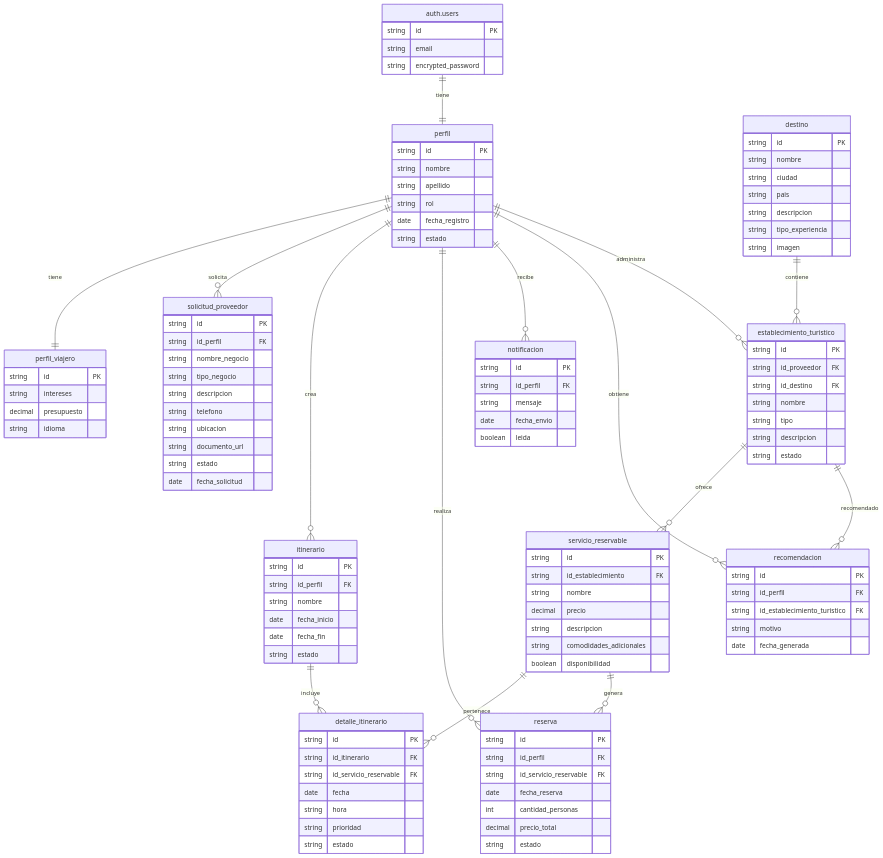
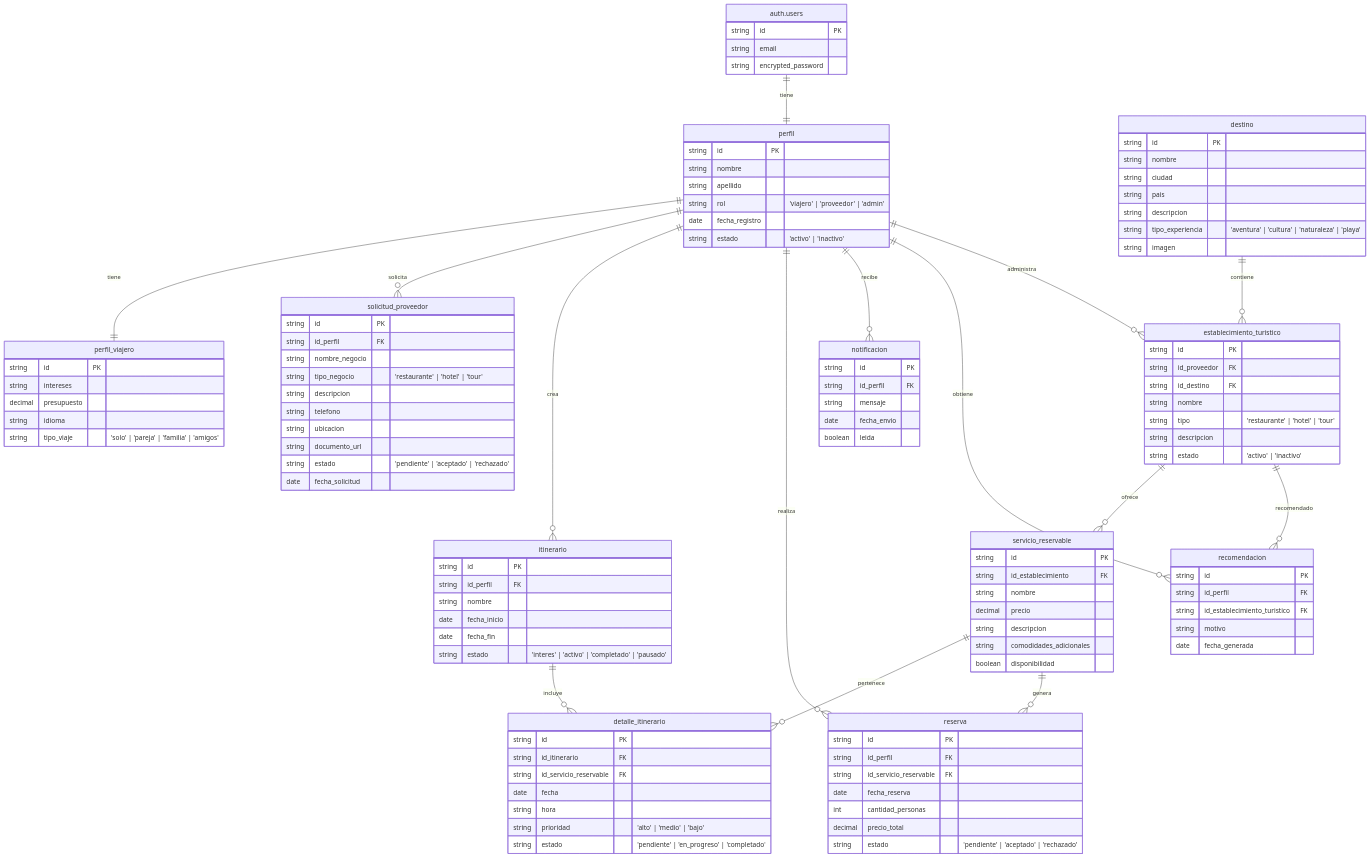
One commit to FortyTwo43/SmartTravel changed the diagram in README.md. Above: the diagram before and after it, drawn with Mermaid.

Commit message:
docs: add allowed value constraints to entity fields in README database schema

```diff
--- a/README.md
+++ b/README.md
@@ -73,9 +73,9 @@
     string id PK
     string nombre
     string apellido
-    string rol
+    string rol "'viajero' | 'proveedor' | 'admin'"
     date fecha_registro
-    string estado
+    string estado "'activo' | 'inactivo'"
 }
 
 perfil_viajero {
@@ -83,18 +83,19 @@
     string intereses
     decimal presupuesto
     string idioma
+    string tipo_viaje "'solo' | 'pareja' | 'familia' | 'amigos'"
 }
 
 solicitud_proveedor {
     string id PK
     string id_perfil FK
     string nombre_negocio
-    string tipo_negocio
+    string tipo_negocio "'restaurante' | 'hotel' | 'tour'"
     string descripcion
     string telefono
     string ubicacion
     string documento_url
-    string estado
+    string estado "'pendiente' | 'aceptado' | 'rechazado'"
     date fecha_solicitud
 }
 
@@ -104,7 +105,7 @@
     string ciudad
     string pais
     string descripcion
-    string tipo_experiencia
+    string tipo_experiencia "'aventura' | 'cultura' | 'naturaleza' | 'playa'"
     string imagen
 }
 
@@ -113,9 +114,9 @@
     string id_proveedor FK
     string id_destino FK
     string nombre
-    string tipo
+    string tipo "'restaurante' | 'hotel' | 'tour'"
     string descripcion
-    string estado
+    string estado "'activo' | 'inactivo'"
 }
 
 servicio_reservable {
@@ -134,7 +135,7 @@
     string nombre
     date fecha_inicio
     date fecha_fin
-    string estado
+    string estado "'interes' | 'activo' | 'completado' | 'pausado'"
 }
 
 detalle_itinerario {
@@ -143,8 +144,8 @@
     string id_servicio_reservable FK
     date fecha
     string hora
-    string prioridad
-    string estado
+    string prioridad "'alto' | 'medio' | 'bajo'"
+    string estado "'pendiente' | 'en_progreso' | 'completado'"
 }
 
 reserva {
@@ -154,7 +155,7 @@
     date fecha_reserva
     int cantidad_personas
     decimal precio_total
-    string estado
+    string estado "'pendiente' | 'aceptado' | 'rechazado'"
 }
 
 recomendacion {
```
